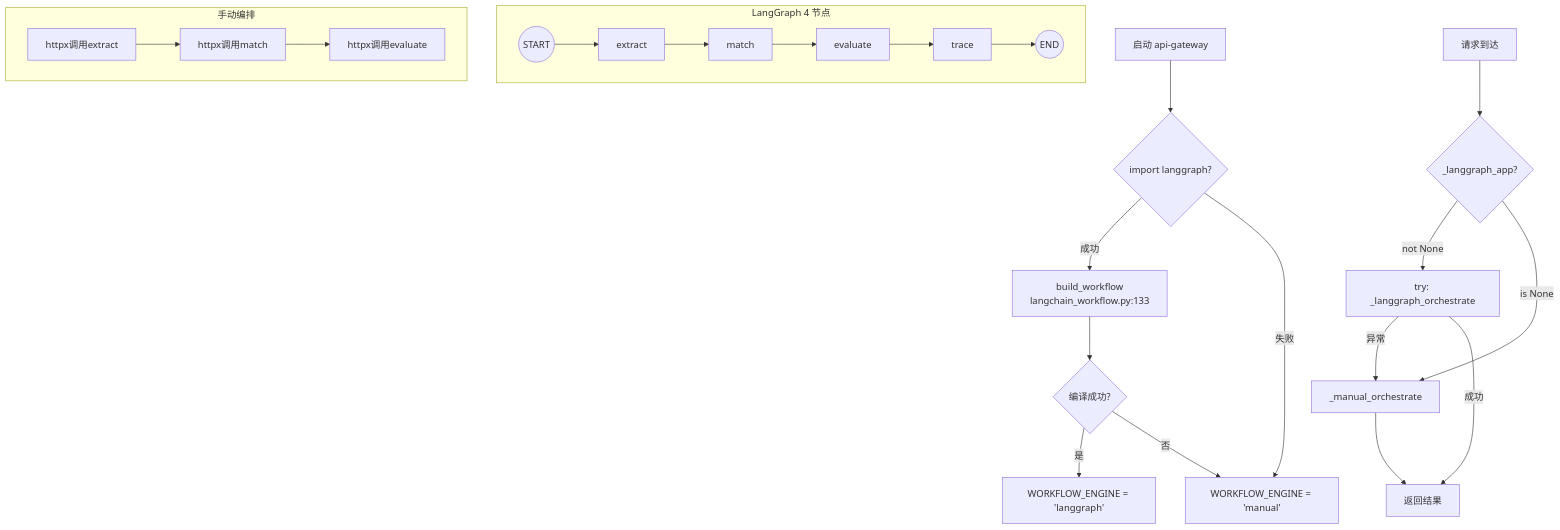
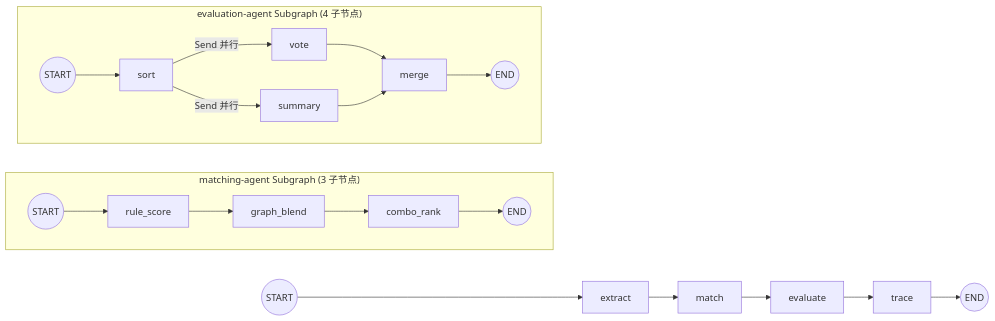
One commit to zbhzbhzbh11/architecture-assistant changed the fourth of 8 diagrams in docs/defense/02-15分钟架构设计专题讲稿.md. Above: the diagram before and after it, drawn with Mermaid. The commit also changed other lines of this file and 89 other files, not shown here.

First line of the commit message:
feat: LLM-first需求分析 + 12维特征 + 非对称惩罚 + 子图模块化 + 前端改版

````diff
--- a/docs/defense/02-15分钟架构设计专题讲稿.md
+++ b/docs/defense/02-15分钟架构设计专题讲稿.md
@@ -293,26 +293,23 @@
 ```mermaid
-graph TD
-    Start[启动 api-gateway] --> TryImport{import langgraph?}
-    TryImport -->|成功| BuildWF[build_workflow<br/>langchain_workflow.py:133]
-    TryImport -->|失败| Manual[WORKFLOW_ENGINE = 'manual']
-    BuildWF --> CompileOK{编译成功?}
-    CompileOK -->|是| LangGraph[WORKFLOW_ENGINE = 'langgraph']
-    CompileOK -->|否| Manual
+graph LR
+    S((START)) --> extract
+    extract --> match
+    match --> evaluate
+    evaluate --> trace
+    trace --> E((END))
 
-    Request[请求到达] --> CheckEngine{_langgraph_app?}
-    CheckEngine -->|not None| LGTry[try: _langgraph_orchestrate]
-    CheckEngine -->|is None| ManualExec[_manual_orchestrate]
-    LGTry -->|异常| ManualExec
-    LGTry -->|成功| Response[返回结果]
-    ManualExec --> Response
-
-    subgraph "LangGraph 4 节点"
+    subgraph "matching-agent Subgraph (3 子节点)"
         direction LR
-        S((START)) --> extract --> match --> evaluate --> trace --> E((END))
+        MS((START)) --> rule_score --> graph_blend --> combo_rank --> ME((END))
     end
 
-    subgraph "手动编排"
+    subgraph "evaluation-agent Subgraph (4 子节点)"
         direction LR
-        S2[httpx调用extract] --> M2[httpx调用match] --> E2[httpx调用evaluate]
+        ES((START)) --> sort
+        sort -->|Send 并行| vote
+        sort -->|Send 并行| summary
+        vote --> merge
+        summary --> merge
+        merge --> EE((END))
     end
 ```
````
